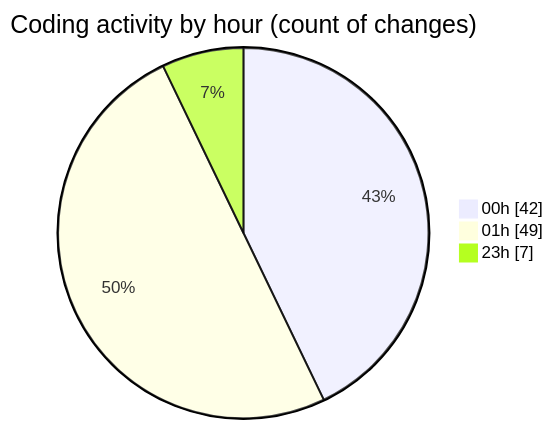
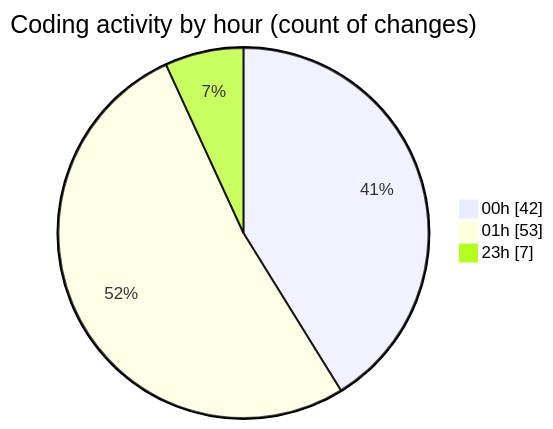
Before and after one commit to lephambinh05/code-tracking: the second of 2 diagrams in 2025-08-12/rentotp/README.md, drawn with Mermaid. The commit also changed other lines of this file and 1 other file, not shown here.

````diff
--- a/2025-08-12/rentotp/README.md
+++ b/2025-08-12/rentotp/README.md
@@ -44,7 +47,7 @@
 ```mermaid
 pie showData
 title Coding activity by hour (count of changes)
 "00h" : 42
-"01h" : 49
+"01h" : 53
 "23h" : 7
 ```
````
